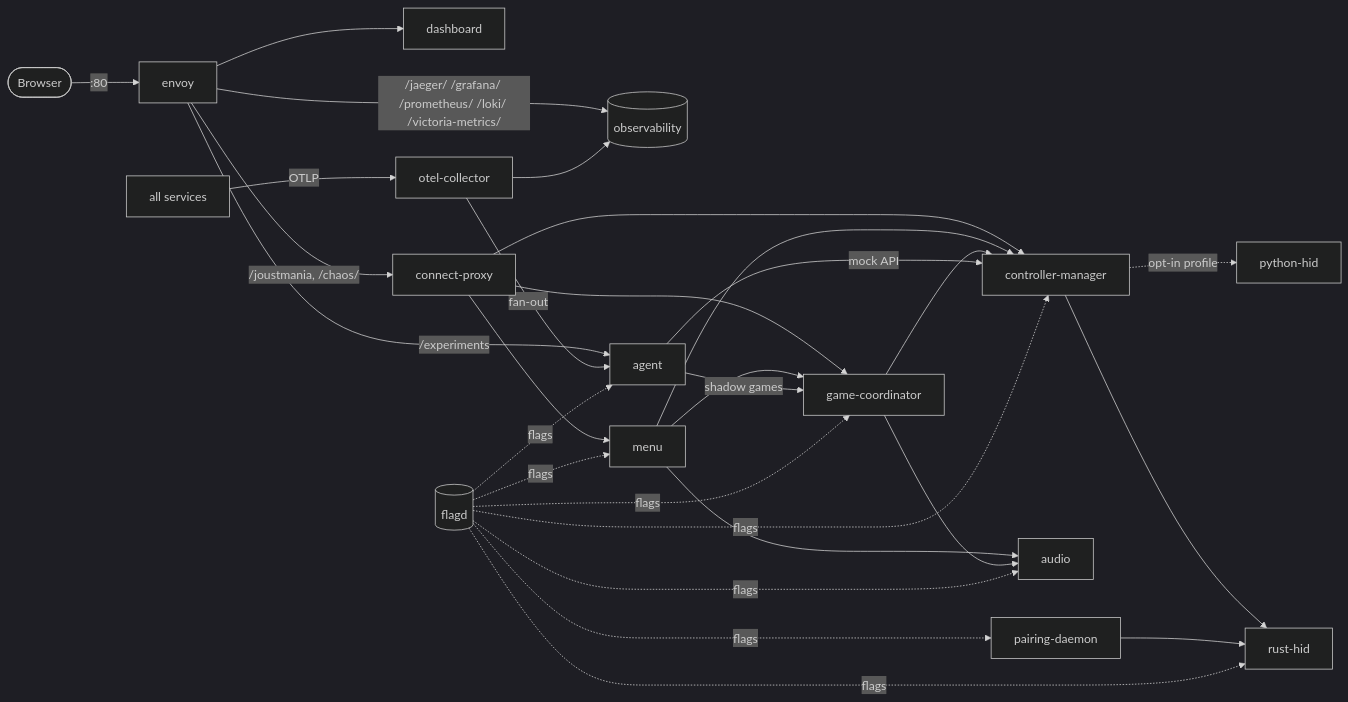
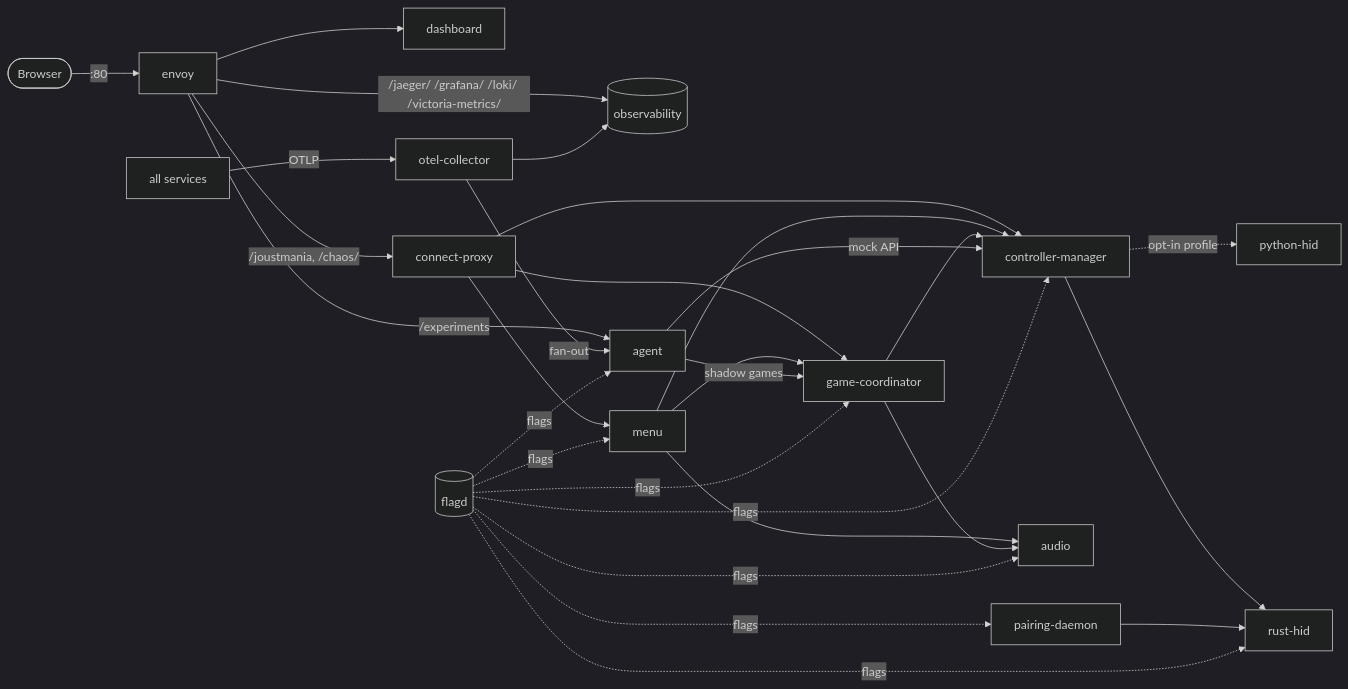
One commit to WatchMeJoustMyFlags/JoustMania changed the diagram in docs/specs/services.md. Above: the diagram before and after it, drawn with Mermaid (dark theme). The commit also changed other lines of this file and 17 other files, not shown here.

First line of the commit message:
docs(spec): VictoriaMetrics is the only metrics store (#1449)

````diff
--- a/docs/specs/services.md
+++ b/docs/specs/services.md
@@ -9,25 +9,25 @@
 ```mermaid
 flowchart LR
     browser([Browser]) -->|":80"| envoy
     envoy --> dashboard
     envoy -->|/joustmania, /chaos/| cproxy[connect-proxy]
-    envoy -->|/jaeger/ /grafana/ /prometheus/ /loki/ /victoria-metrics/| obs[(observability)]
+    envoy -->|/jaeger/ /grafana/ /loki/ /victoria-metrics/| obs[(observability)]
     envoy -->|/experiments| agent
     cproxy --> cm[controller-manager]
     cproxy --> gc[game-coordinator]
     cproxy --> menu
     menu --> cm
     menu --> gc
     menu --> audio
     gc --> cm
     gc --> audio
     cm -. opt-in profile .-> phid[python-hid]
     cm --> rhid[rust-hid]
     pd[pairing-daemon] --> rhid
     agent -->|shadow games| gc
     agent -->|mock API| cm
     services_all[all services] -->|OTLP| otel[otel-collector]
     otel -->|fan-out| agent
     otel --> obs
     flagd[(flagd)] -.flags.-> cm & gc & menu & audio & pd & agent & rhid
 ```
````
